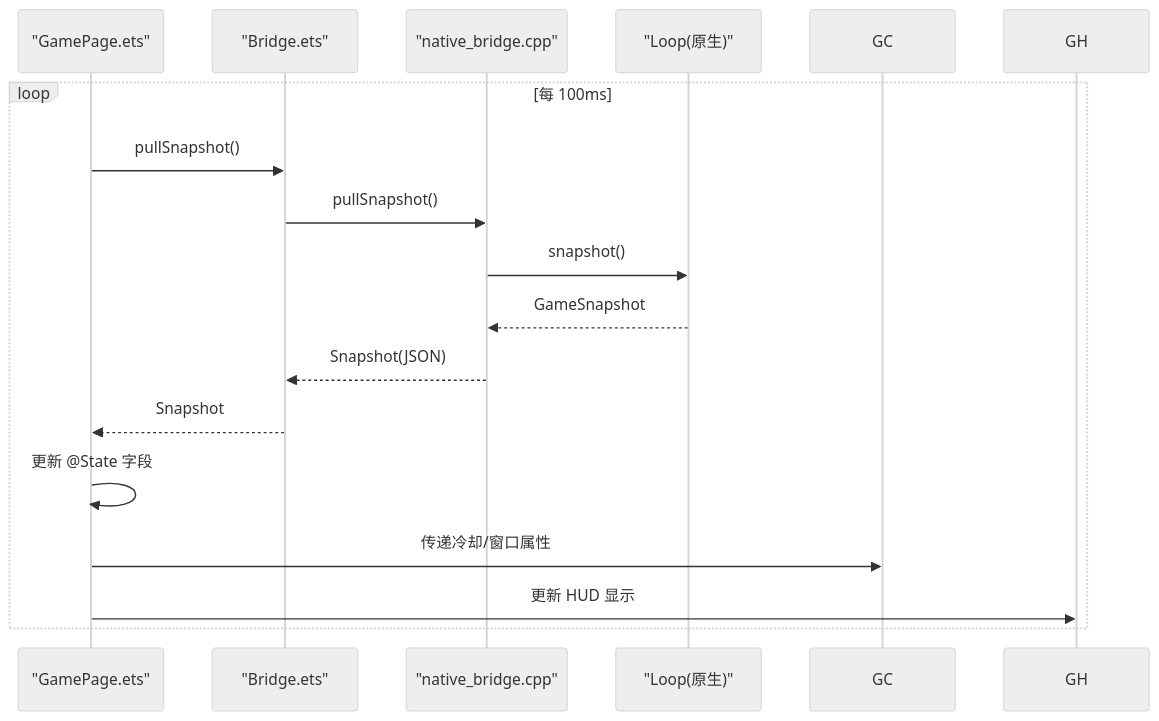
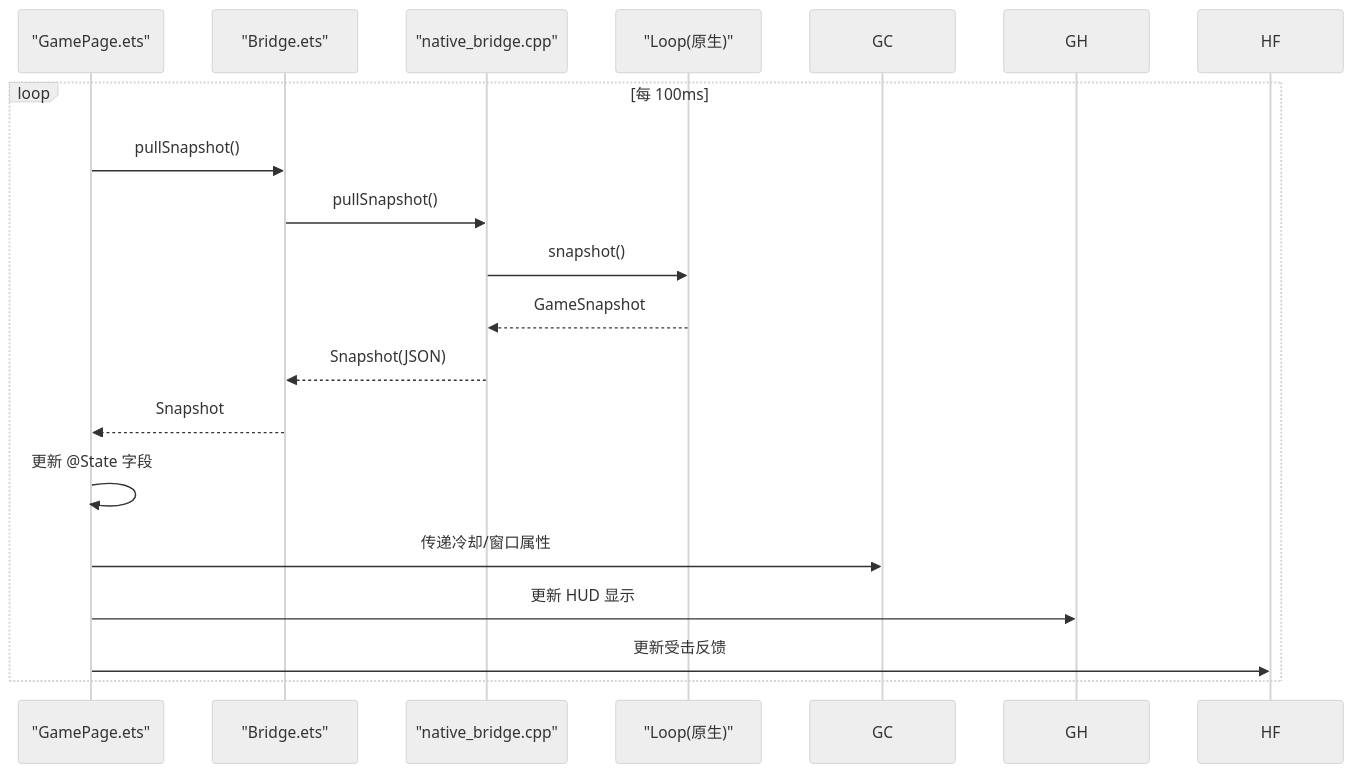
One commit to sj123sheng/my-world changed the fifth of 8 diagrams in .qoder/repowiki/zh/content/前端界面系统/UI 组件系统/CombatControls 战斗控制组件.md. Above: the diagram before and after it, drawn with Mermaid (neutral theme). The commit also changed other lines of this file and 160 other files, not shown here.

````diff
--- a/.qoder/repowiki/zh/content/前端界面系统/UI 组件系统/CombatControls 战斗控制组件.md
+++ b/.qoder/repowiki/zh/content/前端界面系统/UI 组件系统/CombatControls 战斗控制组件.md
@@ -245,18 +273,19 @@
 ```mermaid
 sequenceDiagram
 participant GP as "GamePage.ets"
 participant BR as "Bridge.ets"
 participant NB as "native_bridge.cpp"
 participant L as "Loop(原生)"
 loop 每 100ms
 GP->>BR : pullSnapshot()
 BR->>NB : pullSnapshot()
 NB->>L : snapshot()
 L-->>NB : GameSnapshot
 NB-->>BR : Snapshot(JSON)
 BR-->>GP : Snapshot
 GP->>GP : 更新 @State 字段
 GP->>GC : 传递冷却/窗口属性
 GP->>GH : 更新 HUD 显示
+GP->>HF : 更新受击反馈
 end
 ```
````
